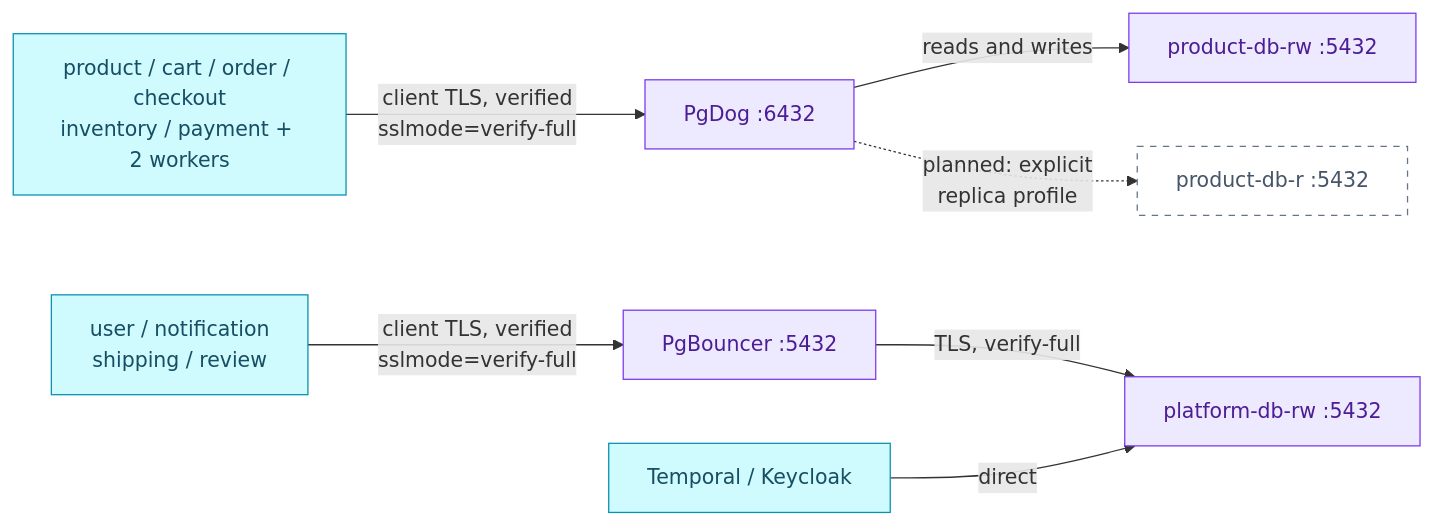
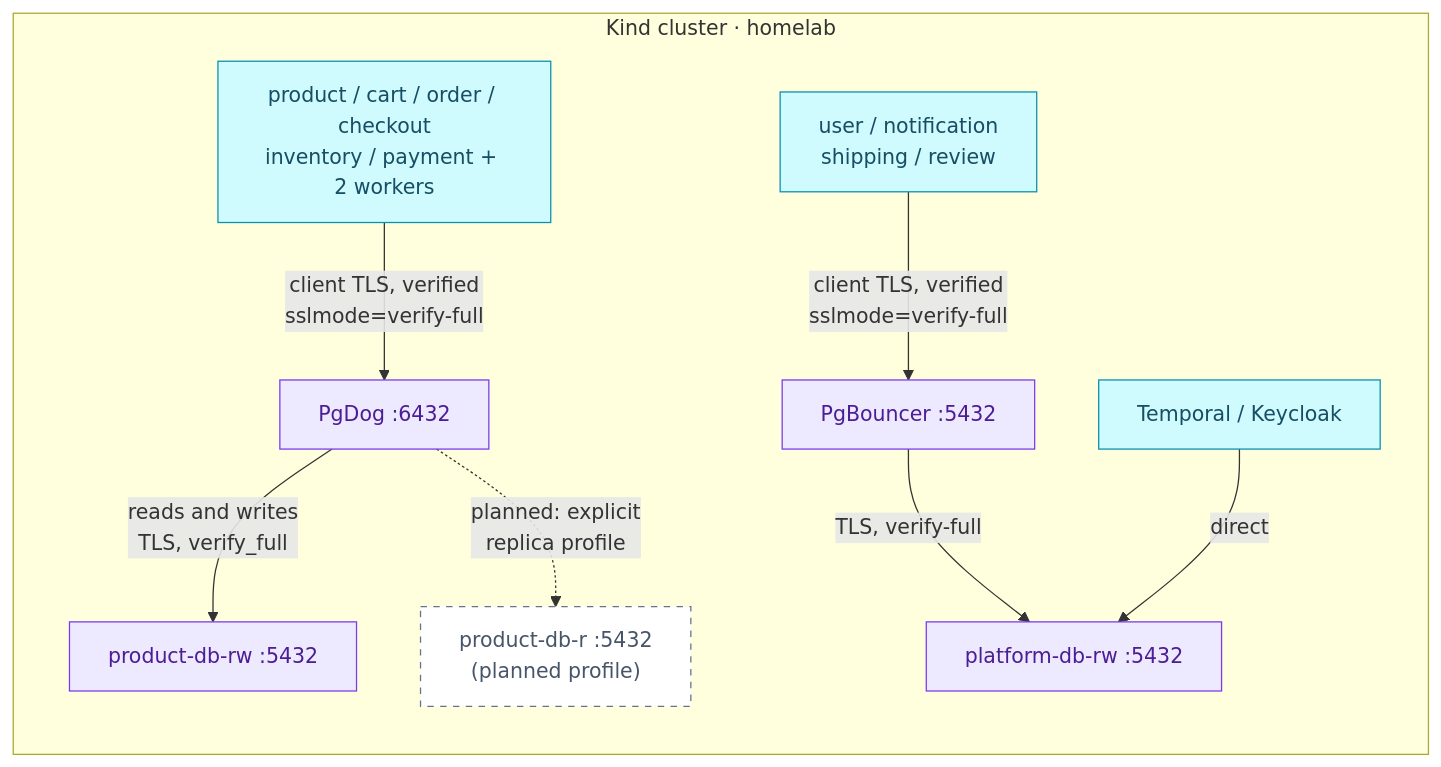
Before and after one commit to duynhlab/homelab: the diagram in docs/databases/poolers.md, drawn with Mermaid. The commit also changed other lines of this file and 92 other files, not shown here.

First line of the commit message:
Finalise ADR-089 and refresh database diagrams (#1337)

````diff
--- a/docs/databases/poolers.md
+++ b/docs/databases/poolers.md
@@ -34,17 +34,19 @@
 ```mermaid
 flowchart LR
-    ProductClients["product / cart / order / checkout<br/>inventory / payment + 2 workers"] -->|"client TLS, verified<br/>sslmode=verify-full"| PgDog["PgDog :6432"]
-    PgDog -->|"reads and writes"| ProductRW["product-db-rw :5432"]
-    PgDog -.->|"planned: explicit<br/>replica profile"| ProductR["product-db-r :5432"]
+    subgraph Kind["Kind cluster · homelab"]
+        ProductClients["product / cart / order / checkout<br/>inventory / payment + 2 workers"] -->|"client TLS, verified<br/>sslmode=verify-full"| PgDog["PgDog :6432"]
+        PgDog -->|"reads and writes<br/>TLS, verify_full"| ProductRW["product-db-rw :5432"]
+        PgDog -.->|"planned: explicit<br/>replica profile"| ProductR["product-db-r :5432<br/>(planned profile)"]
 
-    PlatformClients["user / notification<br/>shipping / review"] -->|"client TLS, verified<br/>sslmode=verify-full"| PgBouncer["PgBouncer :5432"]
-    PgBouncer -->|"TLS, verify-full"| PlatformRW["platform-db-rw :5432"]
-    Direct["Temporal / Keycloak"] -->|"direct"| PlatformRW
+        PlatformClients["user / notification<br/>shipping / review"] -->|"client TLS, verified<br/>sslmode=verify-full"| PgBouncer["PgBouncer :5432"]
+        PgBouncer -->|"TLS, verify-full"| PlatformRW["platform-db-rw :5432"]
+        Direct["Temporal / Keycloak"] -->|"direct"| PlatformRW
+    end
 
     classDef service fill:#cffafe,color:#164e63,stroke:#0891b2;
     classDef platform fill:#ede9fe,color:#4c1d95,stroke:#7c3aed;
     class ProductClients,PlatformClients,Direct service;
     classDef planned fill:#fff,color:#475569,stroke:#64748b,stroke-dasharray:5 5;
     class PgDog,PgBouncer,ProductRW,PlatformRW platform;
     class ProductR planned;
 ```
````
